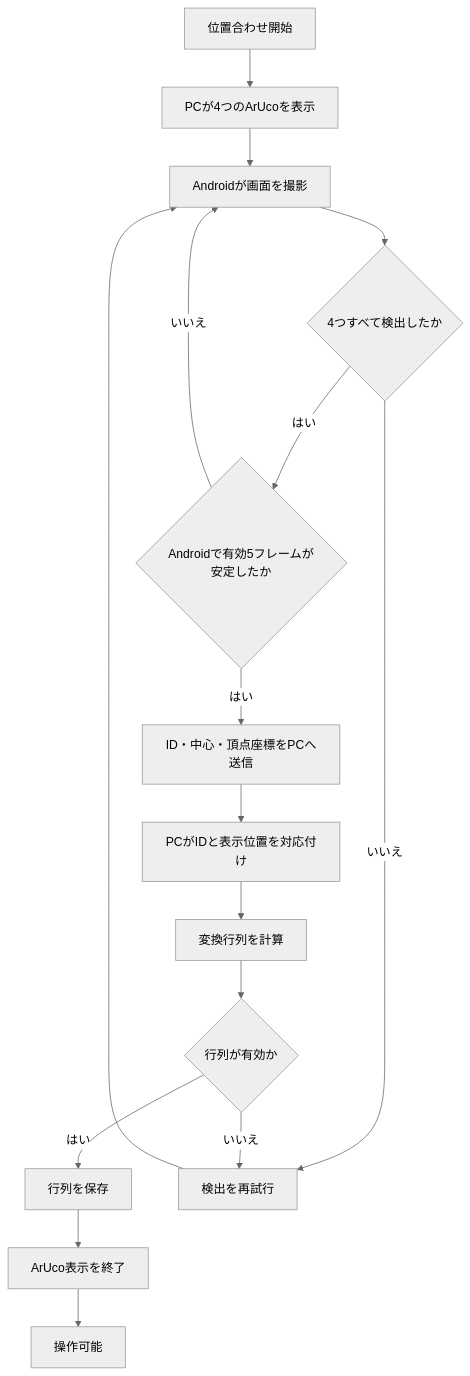
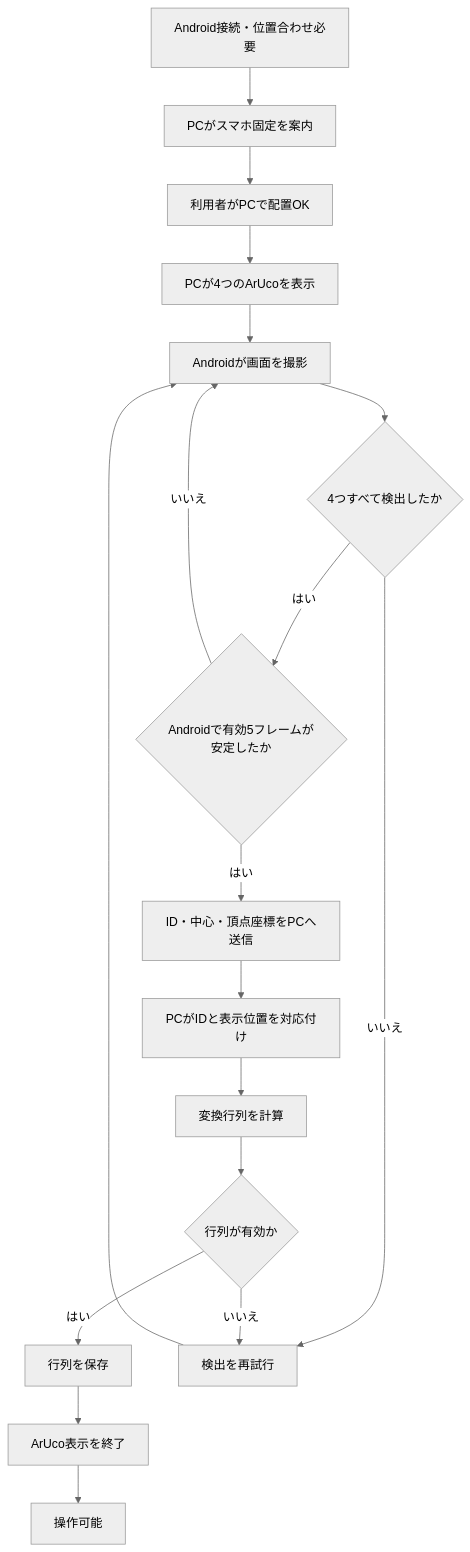
Before and after one commit to KIT-DevelopersHub/screact: diagram 18 of 38 in docs/system/system-requirements.md, drawn with Mermaid (neutral theme). The commit also changed other lines of this file and 11 other files, not shown here.

````diff
--- a/docs/system/system-requirements.md
+++ b/docs/system/system-requirements.md
@@ -654,23 +682,25 @@
 ```mermaid
 flowchart TD
-    Start[位置合わせ開始]
+    Start[Android接続・位置合わせ必要]
+    Guide[PCがスマホ固定を案内]
+    Confirm[利用者がPCで配置OK]
     Show[PCが4つのArUcoを表示]
     Capture[Androidが画面を撮影]
     Detect{4つすべて検出したか}
     Stable{Androidで有効5フレームが安定したか}
     Send[ID・中心・頂点座標をPCへ送信]
     Match[PCがIDと表示位置を対応付け]
     Calculate[変換行列を計算]
     Valid{行列が有効か}
     Save[行列を保存]
     Hide[ArUco表示を終了]
     Ready[操作可能]
     Retry[検出を再試行]
-    Start --> Show --> Capture --> Detect
+    Start --> Guide --> Confirm --> Show --> Capture --> Detect
     Detect -->|いいえ| Retry --> Capture
     Detect -->|はい| Stable
     Stable -->|いいえ| Capture
     Stable -->|はい| Send --> Match --> Calculate --> Valid
     Valid -->|いいえ| Retry
     Valid -->|はい| Save --> Hide --> Ready
 ```
````
